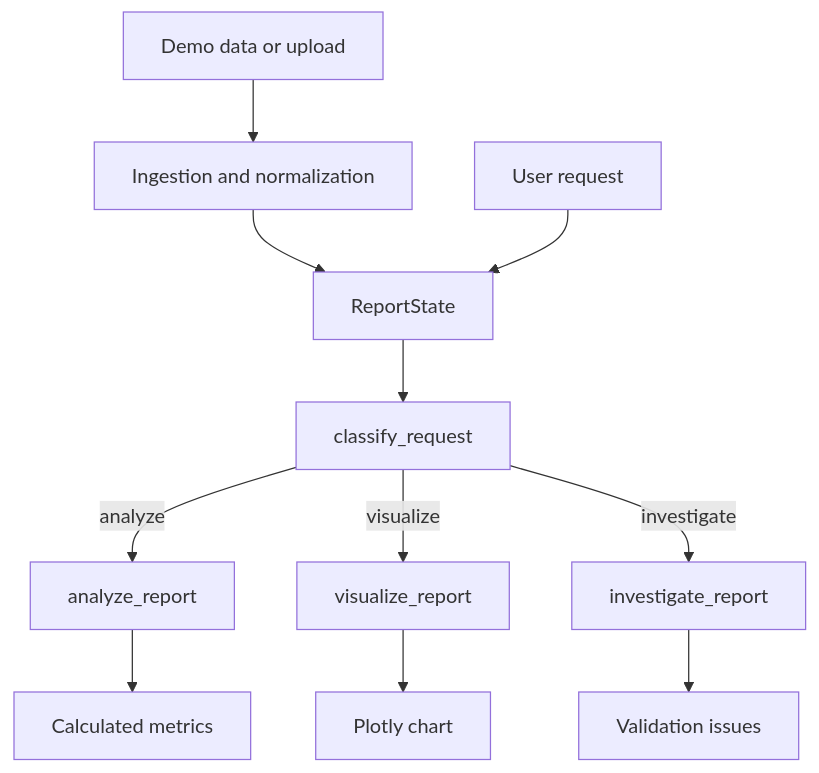
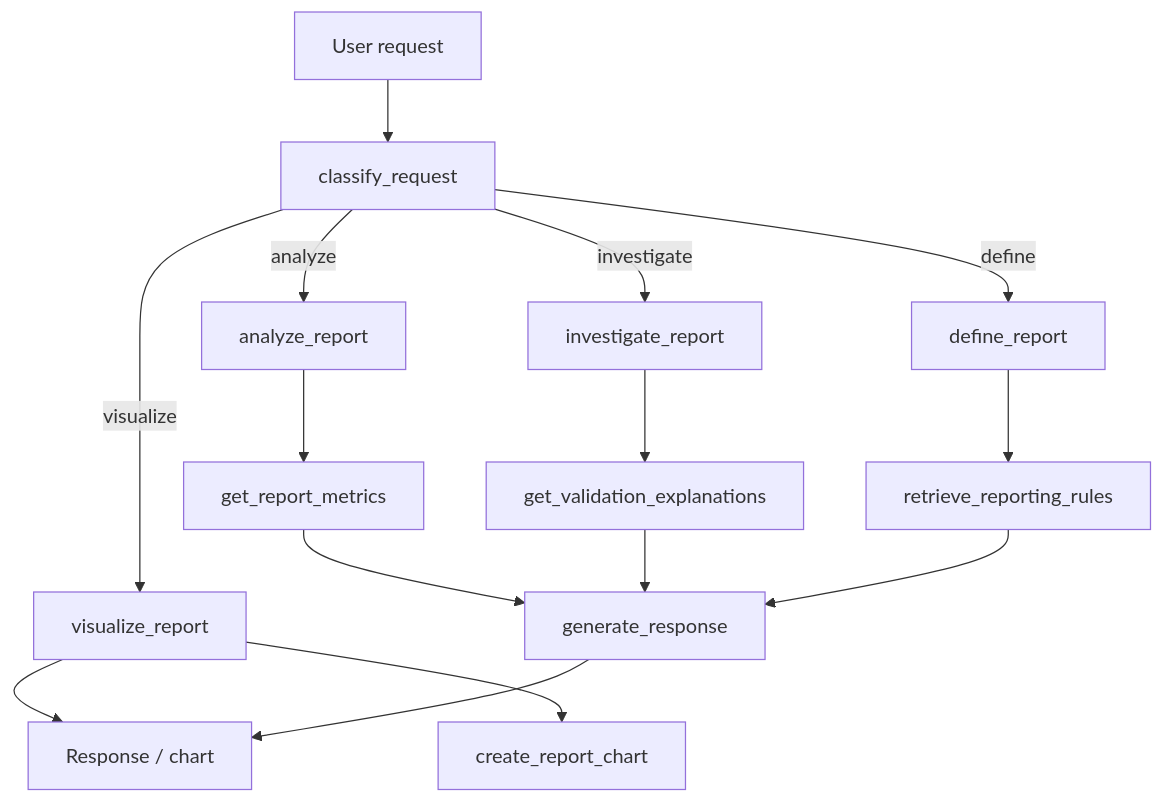
One commit to alanaswk/ReportOps changed the second of 2 diagrams in README.md. Above: the diagram before and after it, drawn with Mermaid. The commit also changed other lines of this file, not shown here.

Commit message:
Update architectural diagrams in README

````diff
--- a/README.md
+++ b/README.md
@@ -66,13 +107,22 @@
 ```mermaid
 flowchart TD
-    D["Demo data or upload"] --> P["Ingestion and normalization"]
-    P --> S["ReportState"]
-    U["User request"] --> S
-    S --> C["classify_request"]
+
+    START["User request"] --> C["classify_request"]
+
     C -->|analyze| A["analyze_report"]
     C -->|visualize| V["visualize_report"]
     C -->|investigate| I["investigate_report"]
-    A --> AM["Calculated metrics"]
-    V --> VC["Plotly chart"]
-    I --> VI["Validation issues"]
+    C -->|define| D["define_report"]
+
+    A --> AM["get_report_metrics"]
+    V --> VC["create_report_chart"]
+    I --> VI["get_validation_explanations"]
+    D --> RR["retrieve_reporting_rules"]
+
+    AM --> G["generate_response"]
+    VI --> G
+    RR --> G
+
+    V --> END["Response / chart"]
+    G --> END
 ```
````
